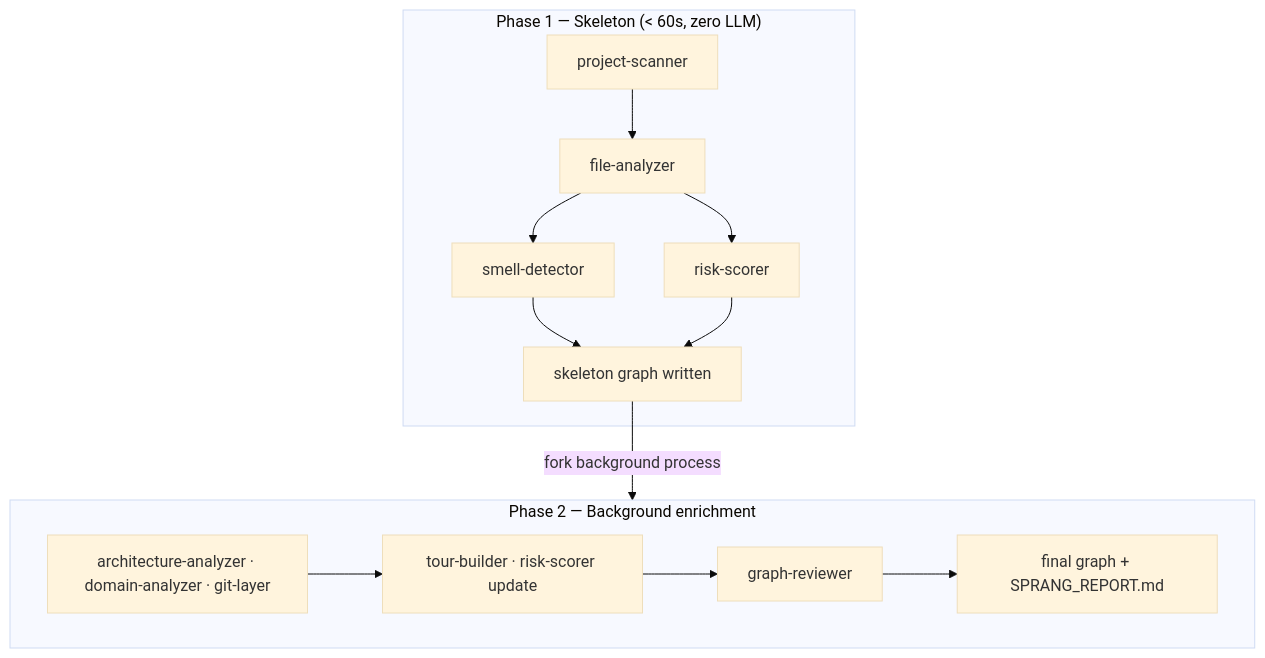
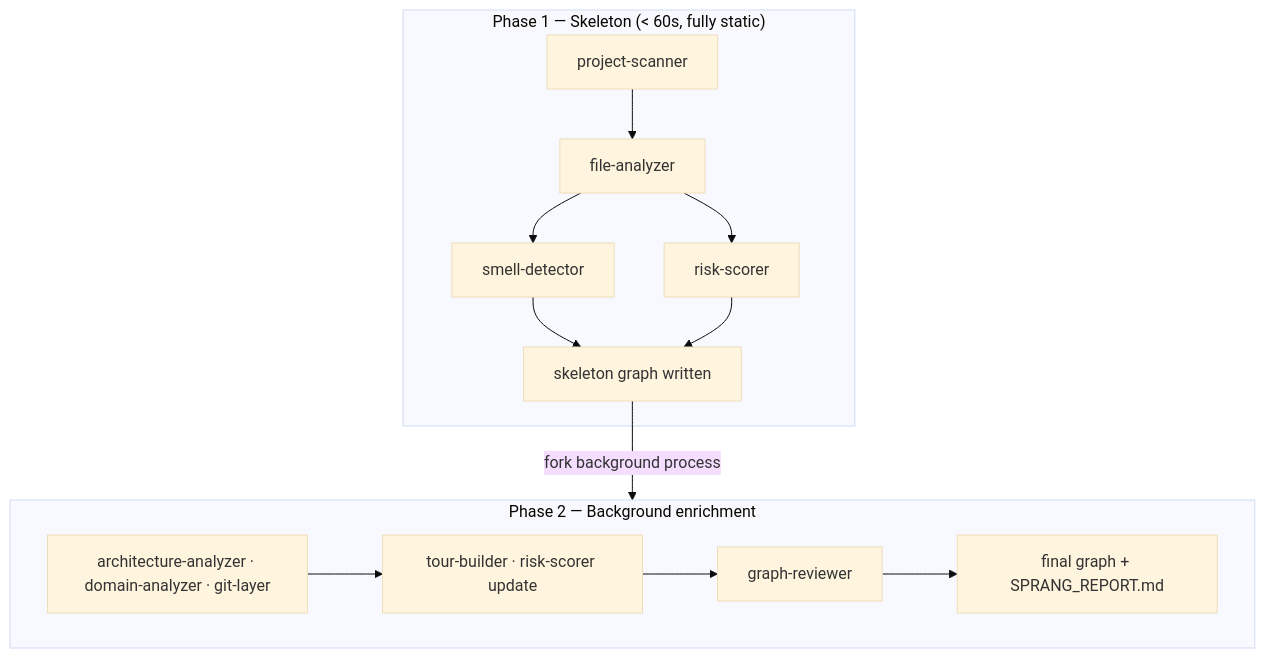
The second of 3 diagrams in README.md (FavioVazquez/sprang), drawn with Mermaid (base theme) before and after one commit. The commit also changed other lines of this file, not shown here.

First line of the commit message:
docs: purge all remaining --skip-llm and user-facing LLM references

````diff
--- a/README.md
+++ b/README.md
@@ -354,16 +354,16 @@
 ```mermaid
 flowchart TB
-    subgraph Phase1 ["Phase 1 — Skeleton (< 60s, zero LLM)"]
+    subgraph Phase1 ["Phase 1 — Skeleton (< 60s, fully static)"]
         PS[project-scanner] --> FA[file-analyzer]
         FA --> SD[smell-detector]
         FA --> RS[risk-scorer]
         SD --> SG[skeleton graph written]
         RS --> SG
     end
     subgraph Phase2 ["Phase 2 — Background enrichment"]
         G1[architecture-analyzer · domain-analyzer · git-layer] --> G2
         G2[tour-builder · risk-scorer update] --> GR[graph-reviewer]
         GR --> FG[final graph + SPRANG_REPORT.md]
     end
     SG -->|"fork background process"| Phase2
 ```
````
